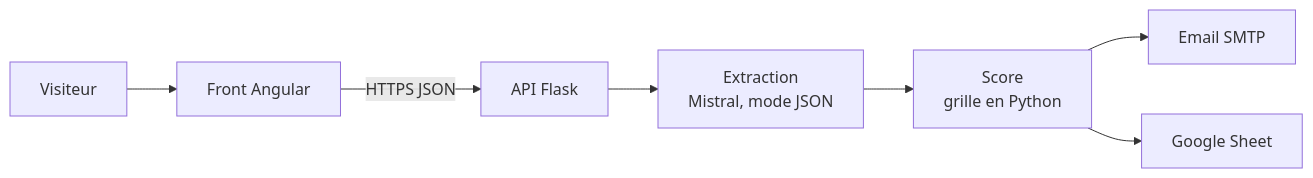
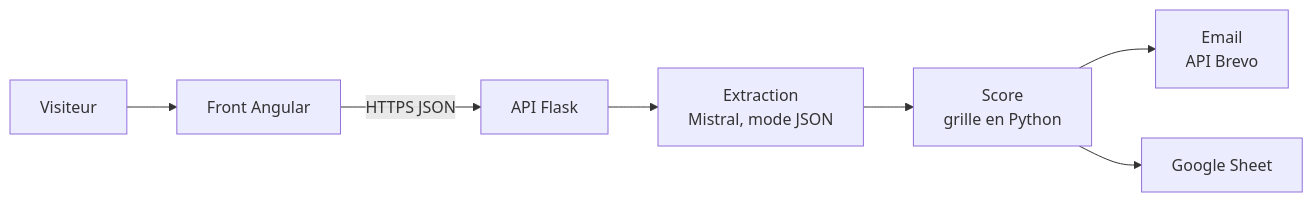
One commit to maxato237/qualif-leads-demo changed the diagram in README.md. Above: the diagram before and after it, drawn with Mermaid. The commit also changed other lines of this file and 5 other files, not shown here.

First line of the commit message:
feat: send the agency email through the Brevo HTTP API (#3)

````diff
--- a/README.md
+++ b/README.md
@@ -9,9 +9,9 @@
 ```mermaid
 flowchart LR
   V[Visiteur] --> F[Front Angular]
   F -->|HTTPS JSON| A[API Flask]
   A --> X[Extraction<br/>Mistral, mode JSON]
   X --> S[Score<br/>grille en Python]
-  S --> M[Email SMTP]
+  S --> M[Email<br/>API Brevo]
   S --> G[Google Sheet]
 ```
````
